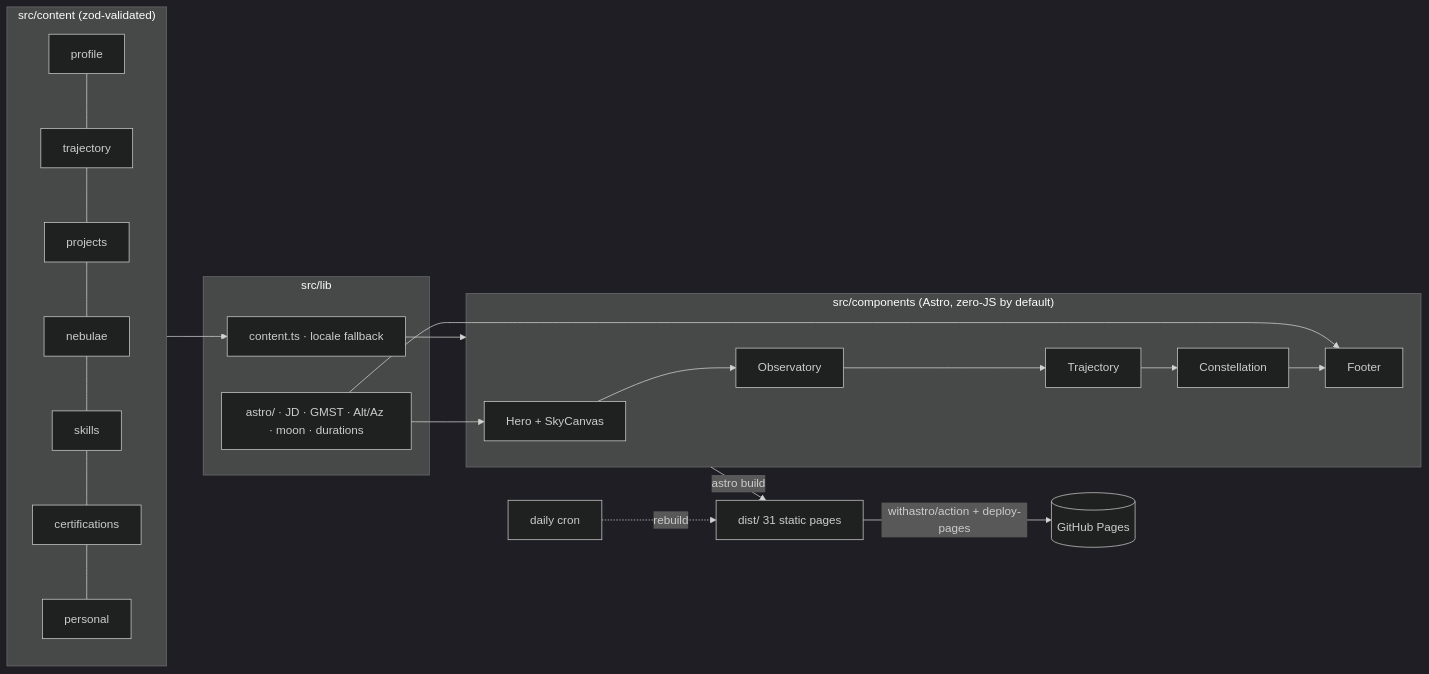
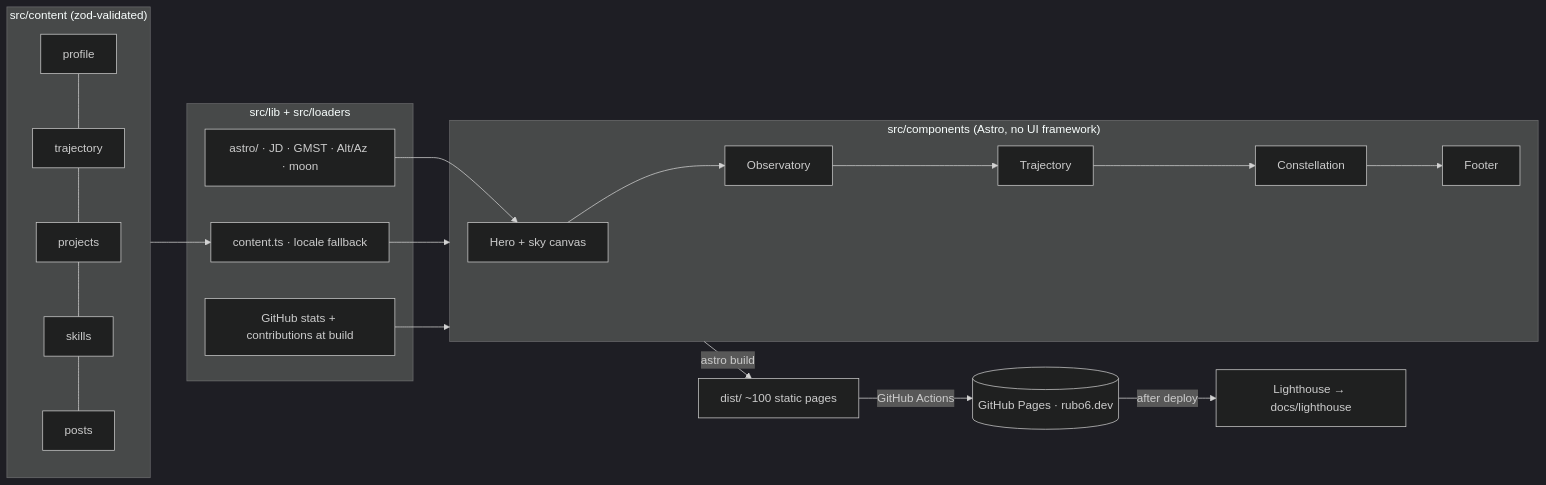
One commit to rubo6/rubo6.github.io changed the diagram in README.md. Above: the diagram before and after it, drawn with Mermaid (dark theme). The commit also changed other lines of this file and 51 other files, not shown here.

````diff
--- a/README.md
+++ b/README.md
@@ -47,19 +48,20 @@
 ```mermaid
 flowchart LR
   subgraph Content["src/content (zod-validated)"]
-    P[profile] --- T[trajectory] --- PR[projects] --- N[nebulae] --- S[skills] --- C[certifications] --- PE[personal]
+    P[profile] --- T[trajectory] --- PR[projects] --- S[skills] --- L[posts]
   end
-  subgraph Lib["src/lib"]
-    A[astro/ · JD · GMST · Alt/Az · moon · durations]
+  subgraph Lib["src/lib + src/loaders"]
+    A[astro/ · JD · GMST · Alt/Az · moon]
     CT[content.ts · locale fallback]
+    G[GitHub stats + contributions at build]
   end
-  subgraph UI["src/components (Astro, zero-JS by default)"]
-    H[Hero + SkyCanvas] --> O[Observatory] --> TR[Trajectory] --> K[Constellation] --> F[Footer]
+  subgraph UI["src/components (Astro, no UI framework)"]
+    H[Hero + sky canvas] --> O[Observatory] --> TR[Trajectory] --> K[Constellation] --> F[Footer]
   end
   Content --> CT --> UI
+  G --> UI
   A --> H
-  A --> F
-  UI -->|astro build| D[dist/ 31 static pages]
-  D -->|withastro/action + deploy-pages| GH[(GitHub Pages)]
-  Cron[daily cron] -.rebuild.-> D
+  UI -->|astro build| D[dist/ ~100 static pages]
+  D -->|GitHub Actions| GH[(GitHub Pages · rubo6.dev)]
+  GH -->|after deploy| LH[Lighthouse → docs/lighthouse]
 ```
````
